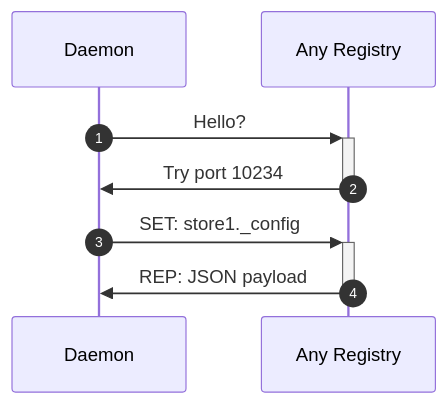
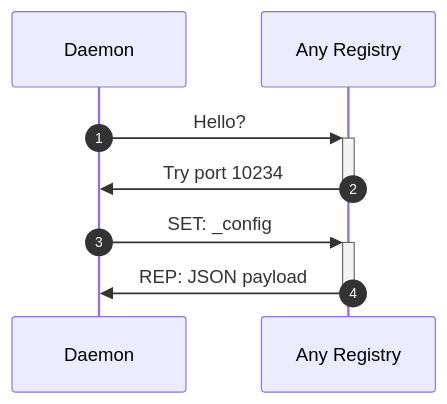
Before and after one commit to KeckObservatory/mKTL: the diagram in doc/protocol_discover_daemon.mmd, drawn with Mermaid. The commit also changed 1 other file, not shown here.

Commit message:
Clarify the use of the store-less _config item when a daemon announces its configuration.

```diff
--- a/doc/protocol_discover_daemon.mmd
+++ b/doc/protocol_discover_daemon.mmd
@@ -1,10 +1,10 @@
 sequenceDiagram
     autonumber
     Participant Daemon
     Participant Registry as Any Registry
 
     Daemon->>+Registry: Hello?
     Registry->>-Daemon: Try port 10234
 
-    Daemon->>+Registry: SET: store1._config
+    Daemon->>+Registry: SET: _config
     Registry->>-Daemon: REP: JSON payload
```
